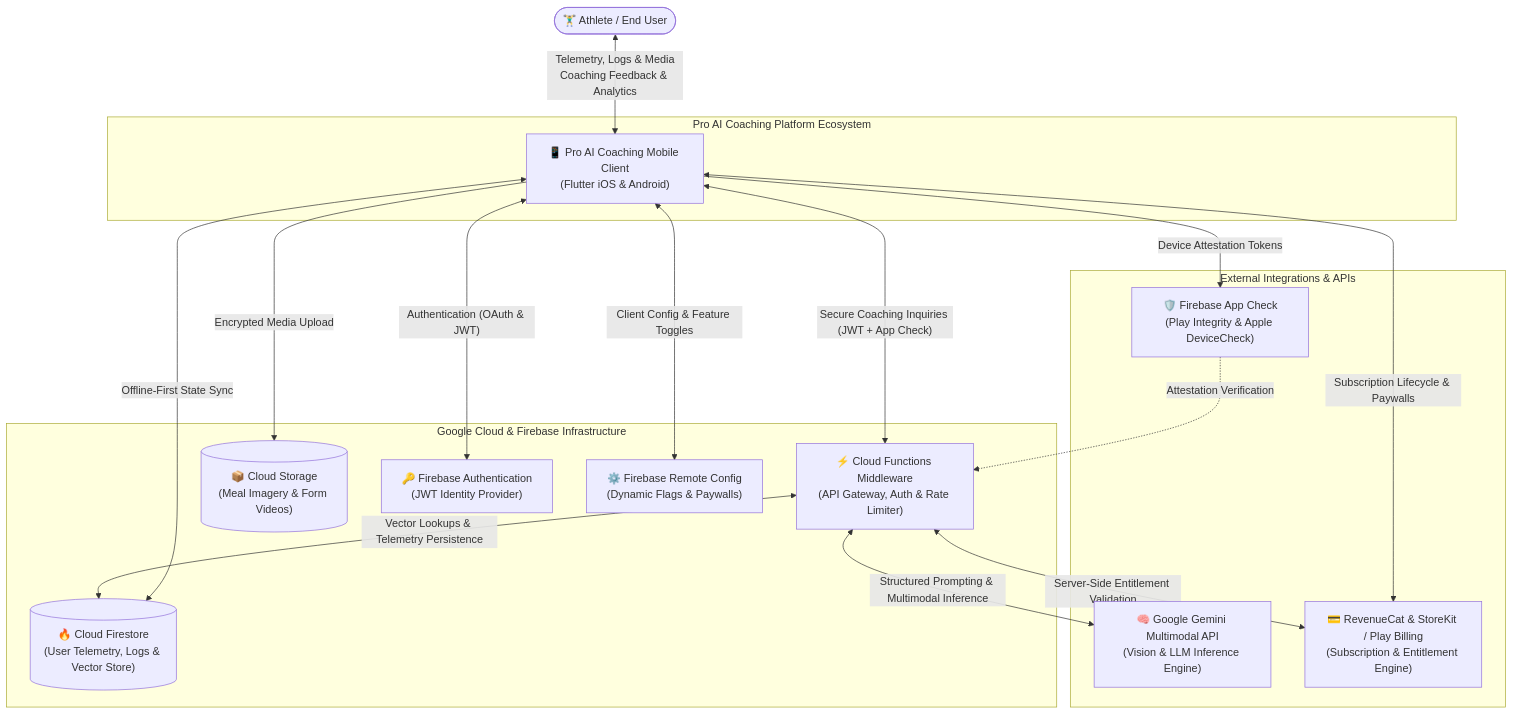
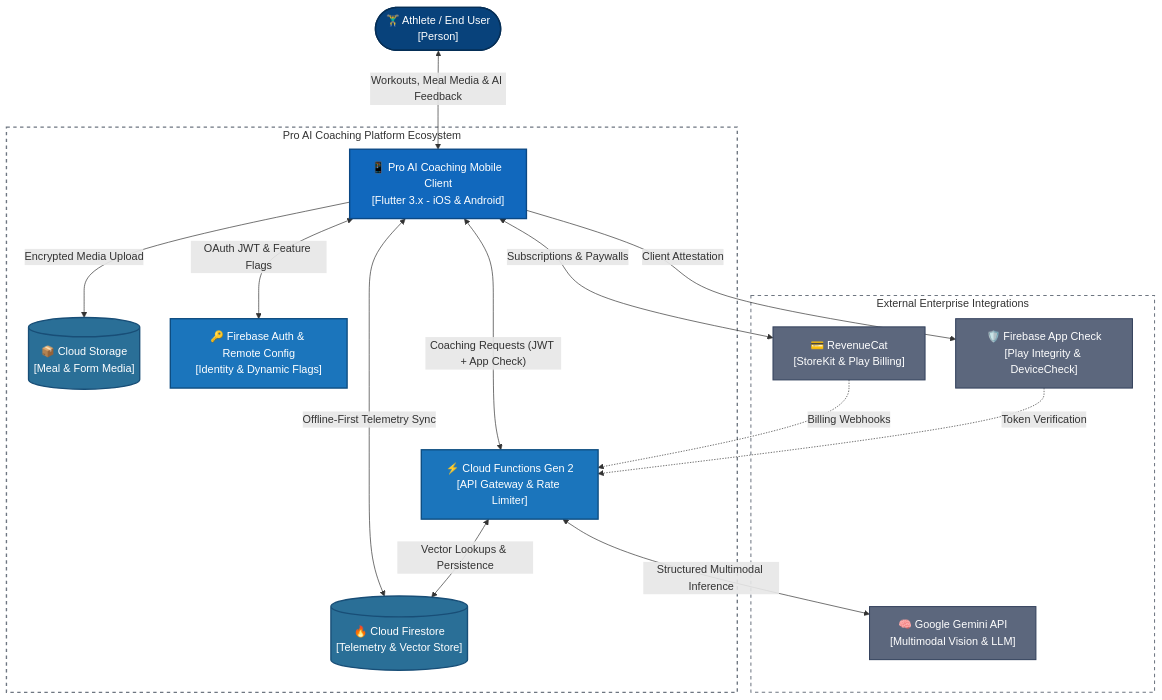
Before and after one commit to JackBros/pro-ai-coaching-architecture: the first of 7 diagrams in README.md, drawn with Mermaid. The commit also changed other lines of this file, not shown here.

````diff
--- a/README.md
+++ b/README.md
@@ -17,38 +26,48 @@
 ```mermaid
+%%{init: {'flowchart': {'nodeSpacing': 45, 'rankSpacing': 65, 'curve': 'basis'}}}%%
 flowchart TB
-    User(["🏋️‍♂️ Athlete / End User"])
+    User(["🏋️‍♂️ Athlete / End User<br/>[Person]"])
 
     subgraph SystemBoundary ["Pro AI Coaching Platform Ecosystem"]
-        App["📱 Pro AI Coaching Mobile Client<br/>(Flutter iOS & Android)"]
+        App["📱 Pro AI Coaching Mobile Client<br/>[Flutter 3.x - iOS & Android]"]
+        BackendProxy["⚡ Cloud Functions Gen 2<br/>[API Gateway & Rate Limiter]"]
+        DB[("🔥 Cloud Firestore<br/>[Telemetry & Vector Store]")]
+        Storage[("📦 Cloud Storage<br/>[Meal & Form Media]")]
+        Auth["🔑 Firebase Auth & Remote Config<br/>[Identity & Dynamic Flags]"]
     end
 
-    subgraph CloudInfra ["Google Cloud & Firebase Infrastructure"]
-        BackendProxy["⚡ Cloud Functions Middleware<br/>(API Gateway, Auth & Rate Limiter)"]
-        DB[("🔥 Cloud Firestore<br/>(User Telemetry, Logs & Vector Store)")]
-        Storage[("📦 Cloud Storage<br/>(Meal Imagery & Form Videos)")]
-        Auth["🔑 Firebase Authentication<br/>(JWT Identity Provider)"]
-        RemoteConfig["⚙️ Firebase Remote Config<br/>(Dynamic Flags & Paywalls)"]
+    subgraph ExternalServices ["External Enterprise Integrations"]
+        Gemini["🧠 Google Gemini API<br/>[Multimodal Vision & LLM]"]
+        RC["💳 RevenueCat<br/>[StoreKit & Play Billing]"]
+        Security["🛡️ Firebase App Check<br/>[Play Integrity & DeviceCheck]"]
     end
 
-    subgraph ExternalServices ["External Integrations & APIs"]
-        Gemini["🧠 Google Gemini Multimodal API<br/>(Vision & LLM Inference Engine)"]
-        RC["💳 RevenueCat & StoreKit / Play Billing<br/>(Subscription & Entitlement Engine)"]
-        Security["🛡️ Firebase App Check<br/>(Play Integrity & Apple DeviceCheck)"]
-    end
+    User <-->|"Workouts, Meal Media & AI Feedback"| App
 
-    User <-->|"Telemetry, Logs & Media<br/>Coaching Feedback & Analytics"| App
+    App <-->|"OAuth JWT & Feature Flags"| Auth
+    App <-->|"Offline-First Telemetry Sync"| DB
+    App -->|"Encrypted Media Upload"| Storage
+    App <-->|"Coaching Requests (JWT + App Check)"| BackendProxy
+    App <-->|"Subscriptions & Paywalls"| RC
+    App -->|"Client Attestation"| Security
 
-    App <-->|"Authentication (OAuth & JWT)"| Auth
-    App <-->|"Client Config & Feature Toggles"| RemoteConfig
-    App <-->|"Offline-First State Sync"| DB
-    App -->|"Encrypted Media Upload"| Storage
-    App <-->|"Subscription Lifecycle & Paywalls"| RC
-    App -->|"Device Attestation Tokens"| Security
-    App <-->|"Secure Coaching Inquiries (JWT + App Check)"| BackendProxy
+    BackendProxy <-->|"Vector Lookups & Persistence"| DB
+    BackendProxy <-->|"Structured Multimodal Inference"| Gemini
+    RC -.->|"Billing Webhooks"| BackendProxy
+    Security -.->|"Token Verification"| BackendProxy
 
-    BackendProxy <-->|"Vector Lookups & Telemetry Persistence"| DB
-    BackendProxy <-->|"Structured Prompting & Multimodal Inference"| Gemini
-    BackendProxy <-->|"Server-Side Entitlement Validation"| RC
-    Security -.->|"Attestation Verification"| BackendProxy
+    classDef person fill:#08427B,stroke:#052E56,stroke-width:2px,color:#ffffff
+    classDef client fill:#1168BD,stroke:#0B4884,stroke-width:2px,color:#ffffff
+    classDef backend fill:#1B75BC,stroke:#0E4D80,stroke-width:2px,color:#ffffff
+    classDef storage fill:#2A6F97,stroke:#184E77,stroke-width:2px,color:#ffffff
+    classDef external fill:#5C677D,stroke:#33415C,stroke-width:1.5px,color:#ffffff
 
+    class User person
+    class App client
+    class BackendProxy,Auth backend
+    class DB,Storage storage
+    class Gemini,RC,Security external
+
+    style SystemBoundary fill:none,stroke:#6E7681,stroke-width:2px,stroke-dasharray: 5 5
+    style ExternalServices fill:none,stroke:#6E7681,stroke-width:1.5px,stroke-dasharray: 5 5
 ```
````
